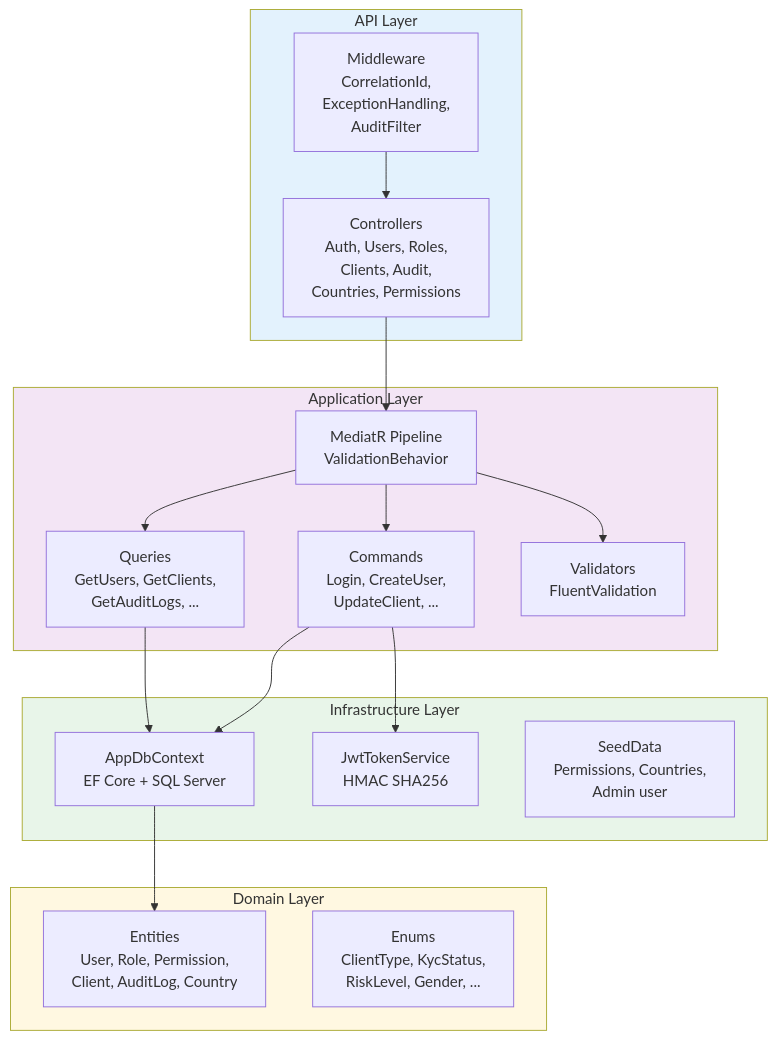
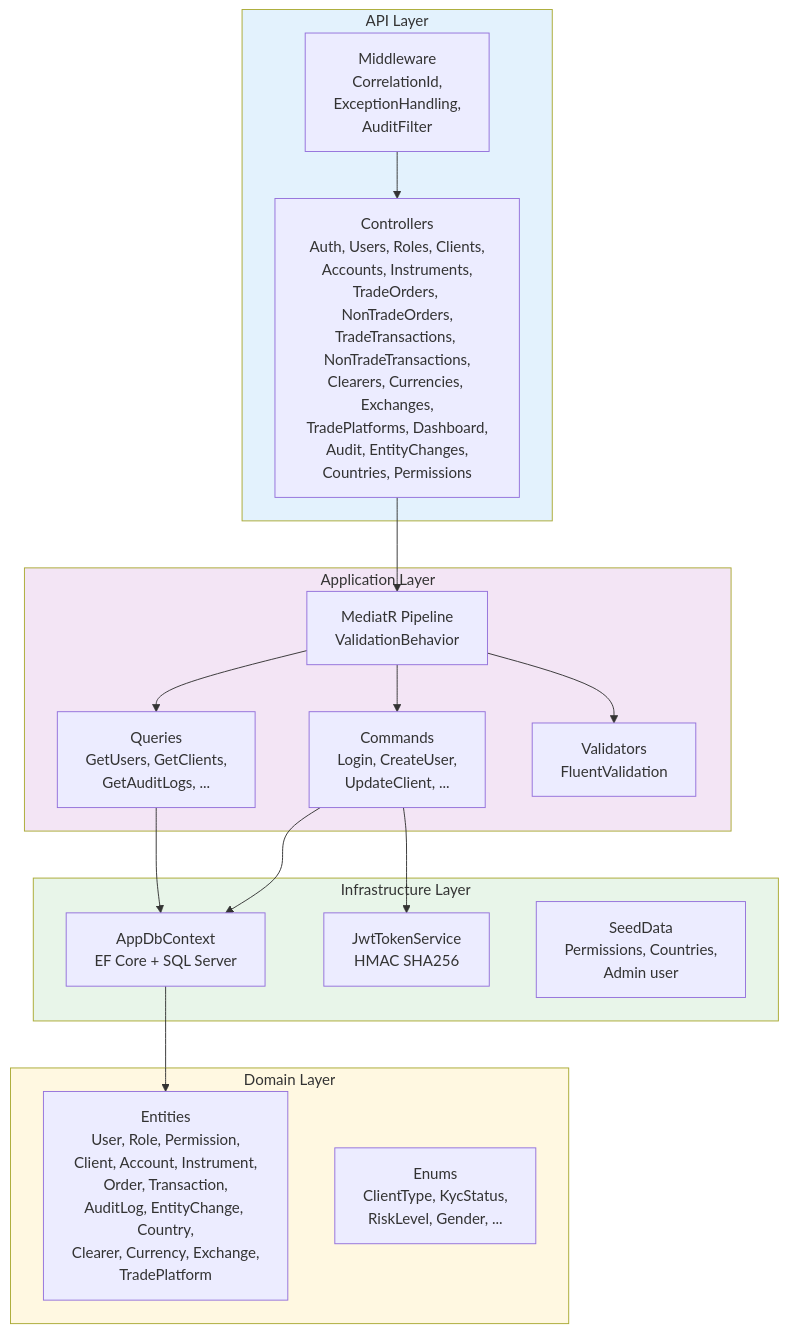
One commit to bebeleeloo/backoffice changed the third of 4 diagrams in docs/architecture/02-system-context.md. Above: the diagram before and after it, drawn with Mermaid. The commit also changed other lines of this file and 7 other files, not shown here.

First line of the commit message:
Update docs: fix outdated info across 8 architecture files

````diff
--- a/docs/architecture/02-system-context.md
+++ b/docs/architecture/02-system-context.md
@@ -68,40 +68,40 @@
 ```mermaid
 flowchart TB
     subgraph API["API Layer"]
-        controllers["Controllers<br/>Auth, Users, Roles,<br/>Clients, Audit,<br/>Countries, Permissions"]
+        controllers["Controllers<br/>Auth, Users, Roles, Clients,<br/>Accounts, Instruments,<br/>TradeOrders, NonTradeOrders,<br/>TradeTransactions, NonTradeTransactions,<br/>Clearers, Currencies, Exchanges,<br/>TradePlatforms, Dashboard,<br/>Audit, EntityChanges,<br/>Countries, Permissions"]
         middleware["Middleware<br/>CorrelationId,<br/>ExceptionHandling,<br/>AuditFilter"]
     end
 
     subgraph App["Application Layer"]
         commands["Commands<br/>Login, CreateUser,<br/>UpdateClient, ..."]
         queries["Queries<br/>GetUsers, GetClients,<br/>GetAuditLogs, ..."]
         validators["Validators<br/>FluentValidation"]
         pipeline["MediatR Pipeline<br/>ValidationBehavior"]
     end
 
     subgraph Domain["Domain Layer"]
-        entities["Entities<br/>User, Role, Permission,<br/>Client, AuditLog, Country"]
+        entities["Entities<br/>User, Role, Permission,<br/>Client, Account, Instrument,<br/>Order, Transaction,<br/>AuditLog, EntityChange, Country,<br/>Clearer, Currency, Exchange,<br/>TradePlatform"]
         enums["Enums<br/>ClientType, KycStatus,<br/>RiskLevel, Gender, ..."]
     end
 
     subgraph Infra["Infrastructure Layer"]
         dbcontext["AppDbContext<br/>EF Core + SQL Server"]
         jwt["JwtTokenService<br/>HMAC SHA256"]
         seed["SeedData<br/>Permissions, Countries,<br/>Admin user"]
     end
 
     controllers --> pipeline
     pipeline --> validators
     pipeline --> commands
     pipeline --> queries
     commands --> dbcontext
     commands --> jwt
     queries --> dbcontext
     middleware --> controllers
     dbcontext --> entities
 
     style API fill:#e3f2fd
     style App fill:#f3e5f5
     style Domain fill:#fff8e1
     style Infra fill:#e8f5e9
 ```
````
